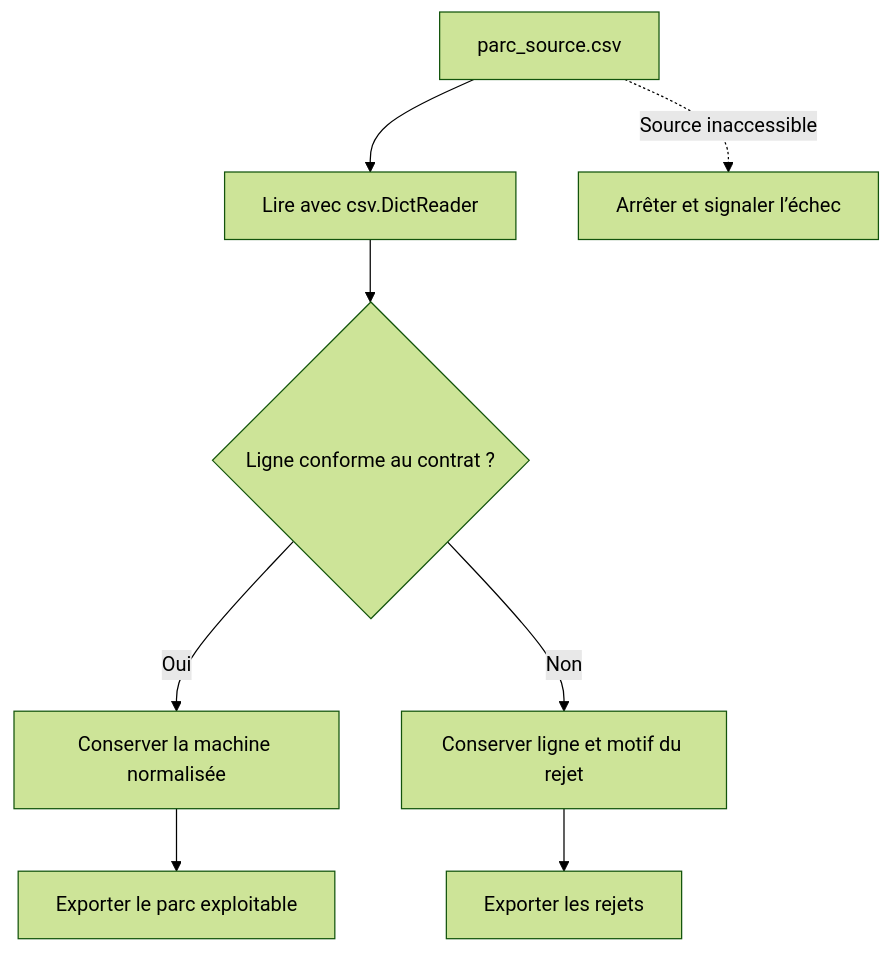
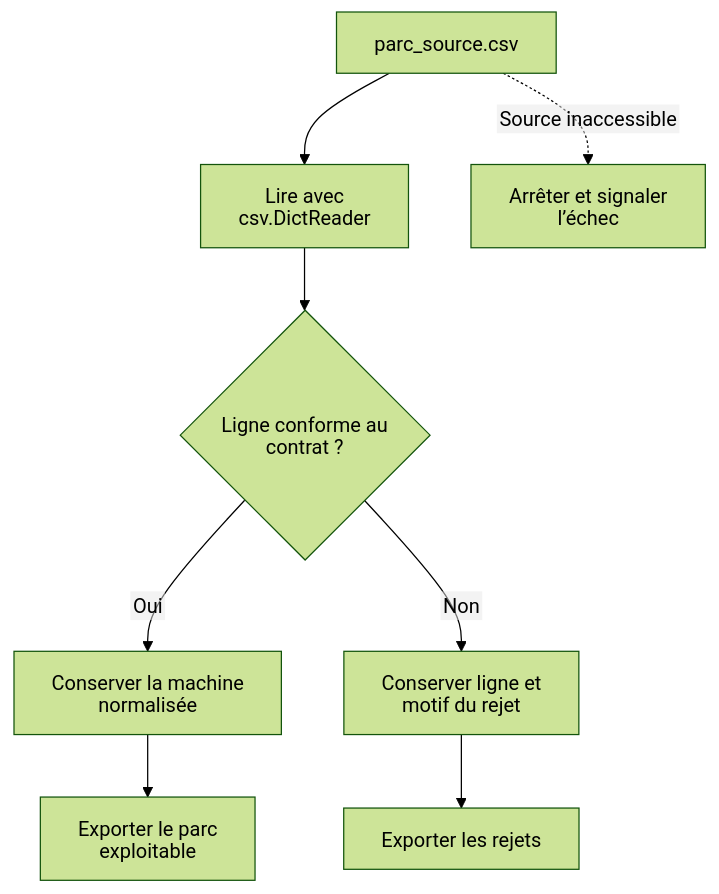
The first of 2 diagrams in ateliers/02/README.md (lapeyrade/formation-python), drawn with Mermaid (forest theme) before and after one commit. The commit also changed other lines of this file and 17 other files, not shown here.

````diff
--- a/ateliers/02/README.md
+++ b/ateliers/02/README.md
@@ -15,12 +17,13 @@
 ```mermaid
+%%{init: {"htmlLabels": false, "flowchart": {"htmlLabels": false}}}%%
 flowchart TD
   accTitle: Valider un import sans perdre les rejets
   accDescr: Le lecteur CSV transmet chaque ligne à la validation. Les lignes valides alimentent le parc normalisé et les anomalies alimentent un rapport de rejets. Une erreur d’accès à la source arrête le traitement.
-  S["parc_source.csv"] --> L["Lire avec csv.DictReader"]
-  L --> V{"Ligne conforme au contrat ?"}
-  V -->|Oui| M["Conserver la machine normalisée"]
-  V -->|Non| R["Conserver ligne et motif du rejet"]
-  M --> E["Exporter le parc exploitable"]
+  S["parc_source.csv"] --> L["Lire avec<br/>csv.DictReader"]
+  L --> V{"Ligne conforme au<br/>contrat ?"}
+  V -->|Oui| M["Conserver la machine<br/>normalisée"]
+  V -->|Non| R["Conserver ligne et<br/>motif du rejet"]
+  M --> E["Exporter le parc<br/>exploitable"]
   R --> J["Exporter les rejets"]
-  S -.->|Source inaccessible| X["Arrêter et signaler l’échec"]
+  S -.->|Source inaccessible| X["Arrêter et signaler<br/>l’échec"]
 ```
````
